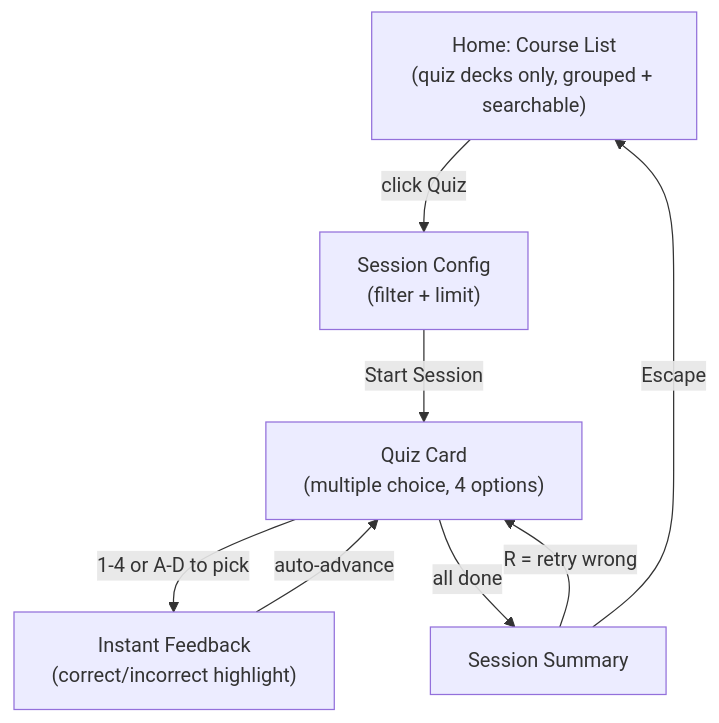
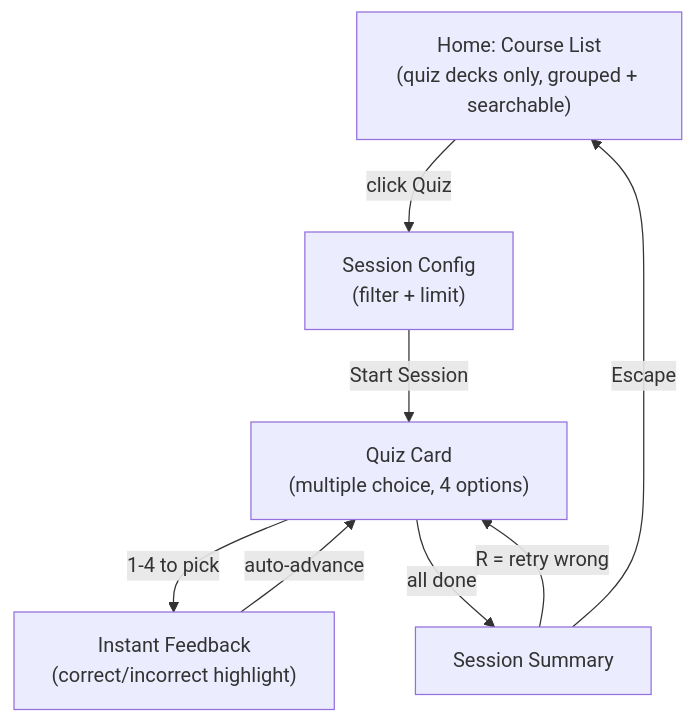
Before and after one commit to NetDevAutomate/StudyLoop: the second of 9 diagrams in docs/web-ui-guide.md, drawn with Mermaid. The commit also changed other lines of this file and 16 other files, not shown here.

````diff
--- a/docs/web-ui-guide.md
+++ b/docs/web-ui-guide.md
@@ -135,16 +142,16 @@
 ```mermaid
 graph TB
     HOME["Home: Course List<br/>(quiz decks only, grouped + searchable)"]
     CONFIG["Session Config<br/>(filter + limit)"]
     QUIZ["Quiz Card<br/>(multiple choice, 4 options)"]
     RESULT["Instant Feedback<br/>(correct/incorrect highlight)"]
     SUMMARY["Session Summary"]
 
     HOME -->|"click Quiz"| CONFIG
     CONFIG -->|"Start Session"| QUIZ
-    QUIZ -->|"1-4 or A-D to pick"| RESULT
+    QUIZ -->|"1-4 to pick"| RESULT
     RESULT -->|"auto-advance"| QUIZ
     QUIZ -->|"all done"| SUMMARY
     SUMMARY -->|"R = retry wrong"| QUIZ
     SUMMARY -->|"Escape"| HOME
 ```
````
